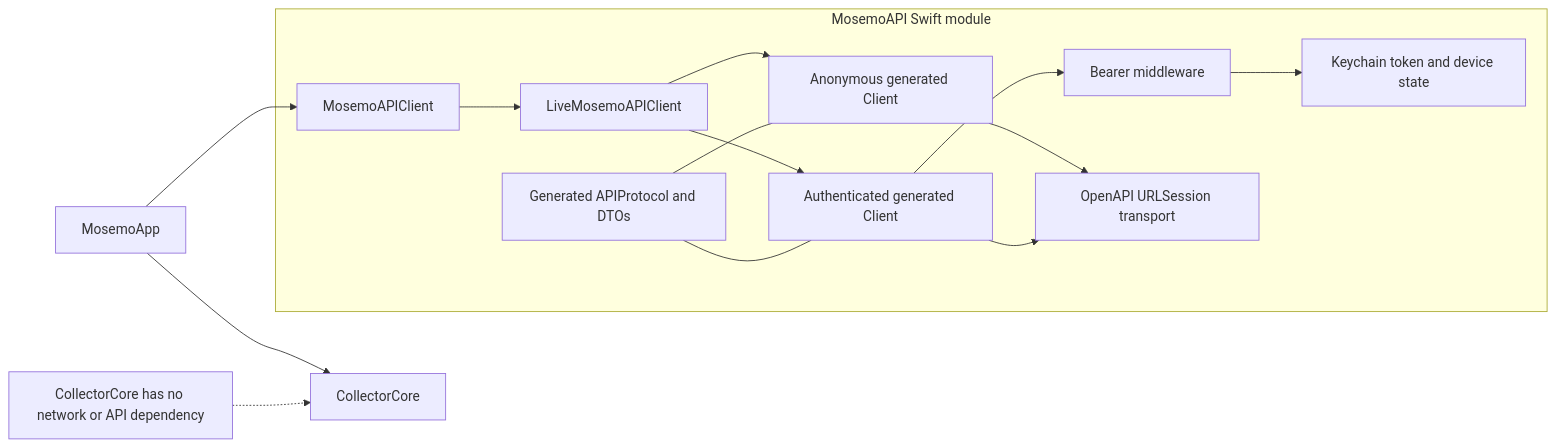
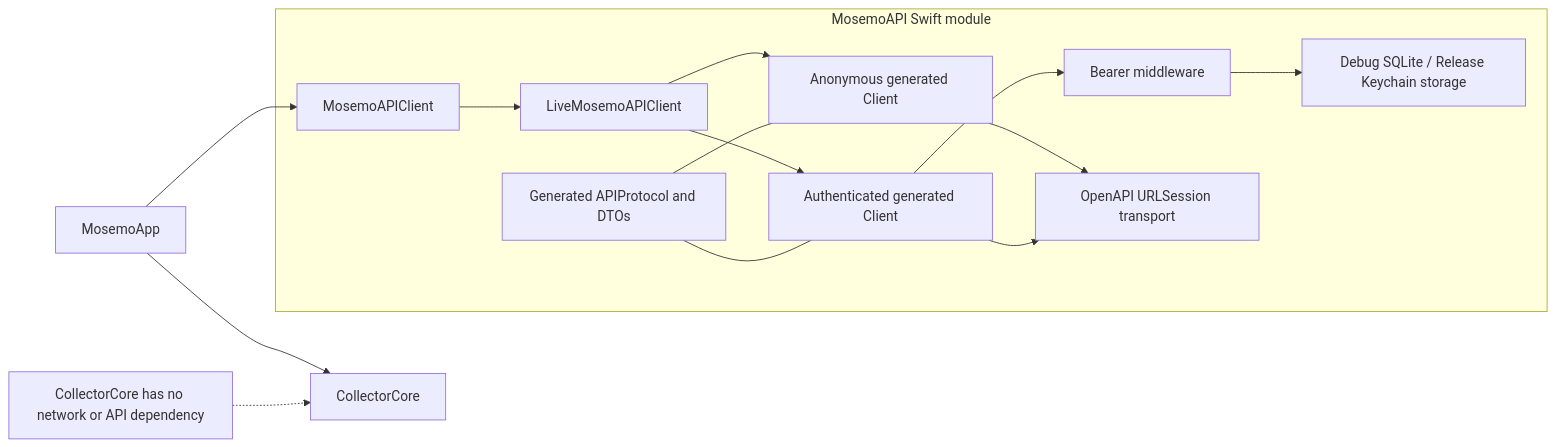
Before and after one commit to jolvy/mosemo-macos: the first of 2 diagrams in docs/OPENAPI_AUTH_ARCHITECTURE.md, drawn with Mermaid. The commit also changed other lines of this file and 10 other files, not shown here.

Commit message:
feat(storage): use SQLite for debug auth state

````diff
--- a/docs/OPENAPI_AUTH_ARCHITECTURE.md
+++ b/docs/OPENAPI_AUTH_ARCHITECTURE.md
@@ -28,19 +28,19 @@
 ```mermaid
 flowchart LR
     App[MosemoApp] --> Core[CollectorCore]
     App --> PublicAPI[MosemoAPIClient]
 
     subgraph API[MosemoAPI Swift module]
         PublicAPI --> Live[LiveMosemoAPIClient]
         Live --> Anonymous[Anonymous generated Client]
         Live --> Authenticated[Authenticated generated Client]
         Authenticated --> Middleware[Bearer middleware]
-        Middleware --> Keychain[Keychain token and device state]
+        Middleware --> Storage[Debug SQLite / Release Keychain storage]
         Anonymous --> Transport[OpenAPI URLSession transport]
         Authenticated --> Transport
         Generated[Generated APIProtocol and DTOs] --- Anonymous
         Generated --- Authenticated
     end
 
     Boundary[CollectorCore has no network or API dependency] -.-> Core
 ```
````
